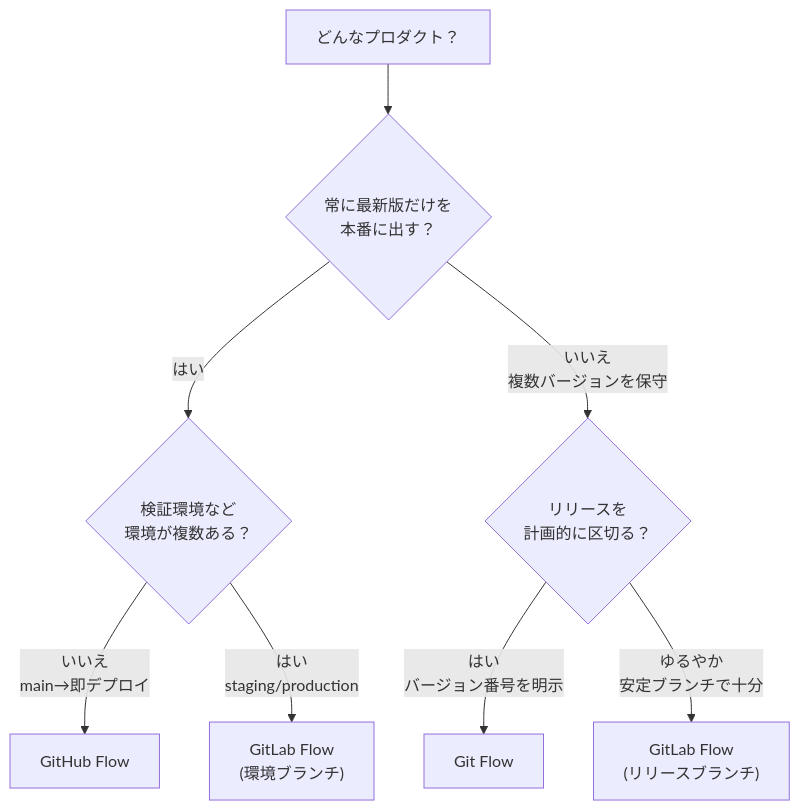
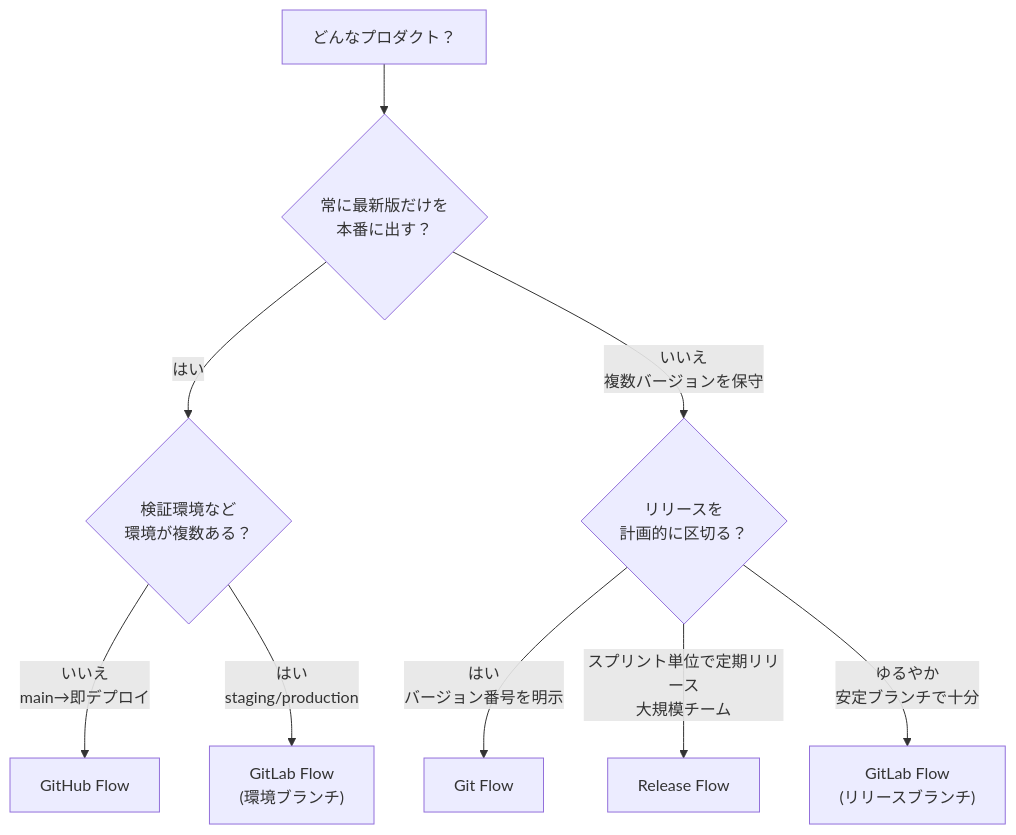
Before and after one commit to ykgw-daiki-nakamura/nakamura-git-tutorial: the diagram in docs/guide/branching-strategies.md, drawn with Mermaid. The commit also changed other lines of this file and 2 other files, not shown here.

First line of the commit message:
docs(guide): ブランチ戦略章に Microsoft Release Flow の解説ページを追加

````diff
--- a/docs/guide/branching-strategies.md
+++ b/docs/guide/branching-strategies.md
@@ -18,10 +18,11 @@
 ```mermaid
 flowchart TD
     A["どんなプロダクト？"] --> B{"常に最新版だけを<br/>本番に出す？"}
     B -->|はい| C{"検証環境など<br/>環境が複数ある？"}
     B -->|いいえ<br/>複数バージョンを保守| D{"リリースを<br/>計画的に区切る？"}
     C -->|いいえ<br/>main→即デプロイ| E["GitHub Flow"]
     C -->|はい<br/>staging/production| F["GitLab Flow<br/>(環境ブランチ)"]
     D -->|はい<br/>バージョン番号を明示| G["Git Flow"]
+    D -->|スプリント単位で定期リリース<br/>大規模チーム| I["Release Flow"]
     D -->|ゆるやか<br/>安定ブランチで十分| H["GitLab Flow<br/>(リリースブランチ)"]
 ```
````
